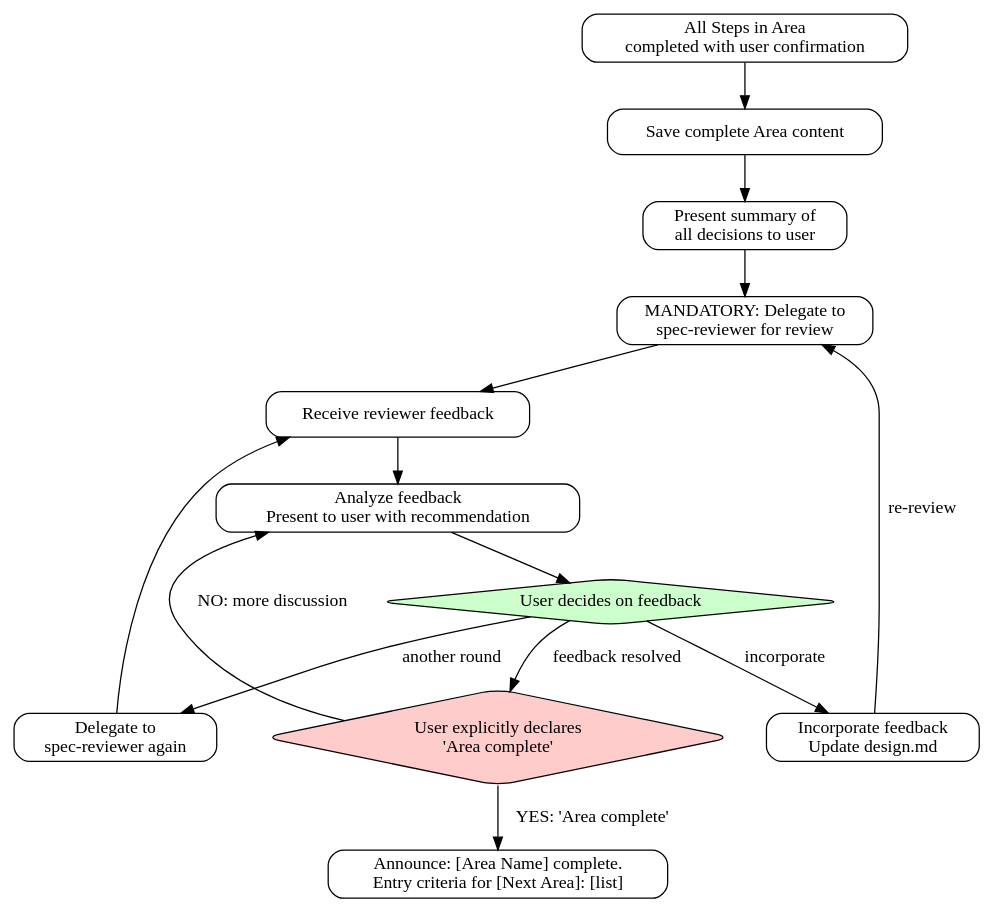
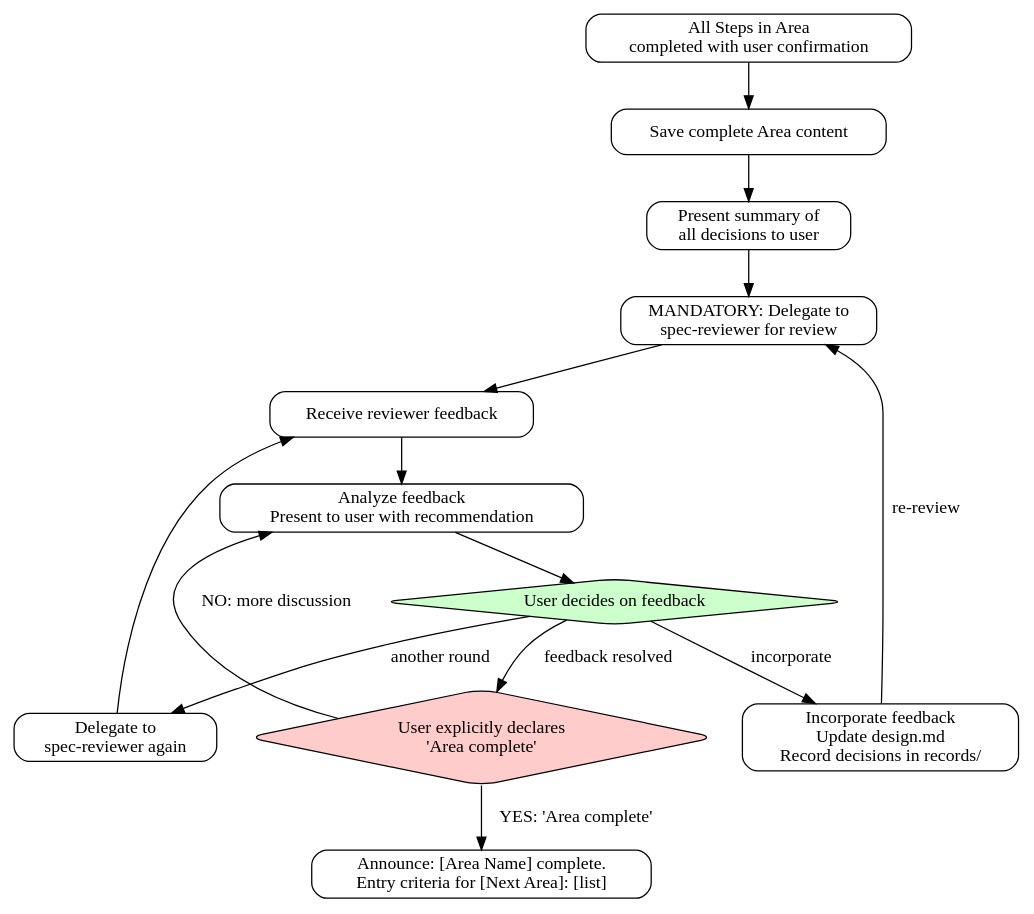
Before and after one commit to toongri/oh-my-toong-playground: the third of 3 diagrams in skills/spec/SKILL.md, drawn with Graphviz. The commit also changed other lines of this file and 1 other file, not shown here.

First line of the commit message:
fix: spec 피드백 통합 후 records 기록 의무화

````diff
--- a/skills/spec/SKILL.md
+++ b/skills/spec/SKILL.md
@@ -619,32 +620,32 @@
 ```dot
 digraph area_completion {
     rankdir=TB;
     node [shape=box, style=rounded];
 
     all_steps [label="All Steps in Area\ncompleted with user confirmation"];
     save_area [label="Save complete Area content"];
     present_summary [label="Present summary of\nall decisions to user"];
     delegate_reviewer [label="MANDATORY: Delegate to\nspec-reviewer for review"];
     receive_feedback [label="Receive reviewer feedback"];
     analyze_present [label="Analyze feedback\nPresent to user with recommendation"];
     user_decides [label="User decides on feedback", shape=diamond, style="rounded,filled", fillcolor="#ccffcc"];
-    incorporate [label="Incorporate feedback\nUpdate design.md"];
+    incorporate [label="Incorporate feedback\nUpdate design.md\nRecord decisions in records/"];
     another_round [label="Delegate to\nspec-reviewer again"];
     user_final [label="User explicitly declares\n'Area complete'", shape=diamond, style="rounded,filled", fillcolor="#ffcccc"];
     announce_next [label="Announce: [Area Name] complete.\nEntry criteria for [Next Area]: [list]"];
 
     all_steps -> save_area;
     save_area -> present_summary;
     present_summary -> delegate_reviewer;
     delegate_reviewer -> receive_feedback;
     receive_feedback -> analyze_present;
     analyze_present -> user_decides;
     user_decides -> incorporate [label="incorporate"];
     user_decides -> another_round [label="another round"];
     user_decides -> user_final [label="feedback resolved"];
     incorporate -> delegate_reviewer [label="re-review"];
     another_round -> receive_feedback;
     user_final -> announce_next [label="YES: 'Area complete'"];
     user_final -> analyze_present [label="NO: more discussion"];
 }
 ```
````
